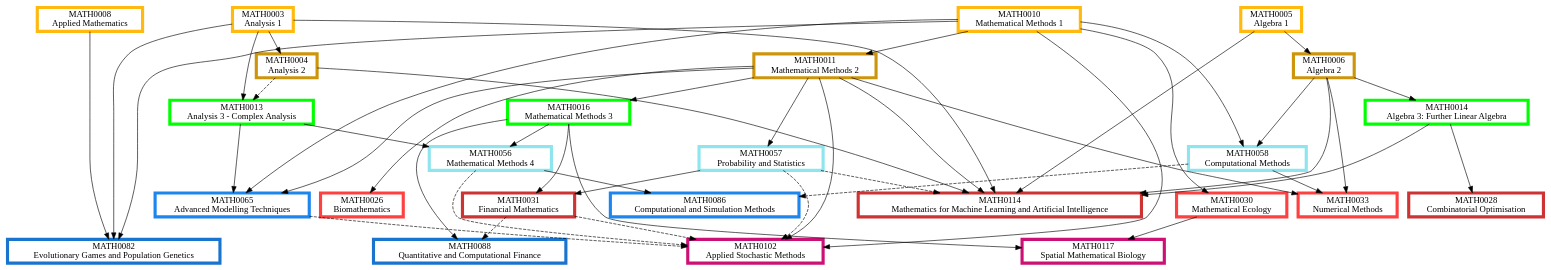
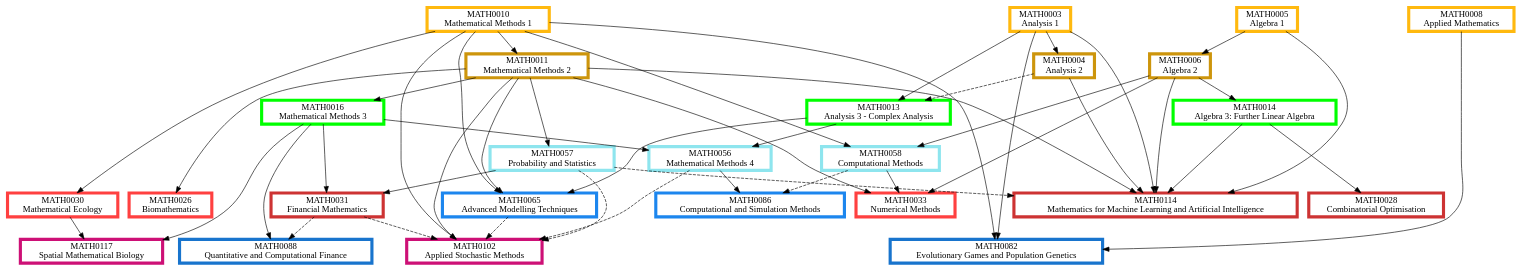
The diagram in Modelling, Computation and Finance.dot (matthew-towers/pathways), drawn with Graphviz before and after one commit. The commit also changed 12 other files, not shown here.

```diff
--- a/Modelling, Computation and Finance.dot
+++ b/Modelling, Computation and Finance.dot
@@ -1,125 +1,125 @@
 digraph {
 	node [fillcolor=white penwidth=5 shape=box style="filled,bold"]
 	subgraph "1.0 1" {
 		rank=same
+		MATH0008 [label="MATH0008
+Applied Mathematics" color=darkgoldenrod1 href="https://www.ucl.ac.uk/maths/sites/maths/files/math0008.pdf" tooltip="Year 1, term 1"]
+		MATH0010 [label="MATH0010
+Mathematical Methods 1" color=darkgoldenrod1 href="https://www.ucl.ac.uk/maths/sites/maths/files/math0010.pdf" tooltip="Year 1, term 1"]
+		MATH0005 [label="MATH0005
+Algebra 1" color=darkgoldenrod1 href="https://www.ucl.ac.uk/maths/sites/maths/files/math0005.pdf" tooltip="Year 1, term 1"]
 		MATH0003 [label="MATH0003
 Analysis 1" color=darkgoldenrod1 href="https://www.ucl.ac.uk/maths/sites/maths/files/math0003.pdf" tooltip="Year 1, term 1"]
-		MATH0010 [label="MATH0010
-Mathematical Methods 1" color=darkgoldenrod1 href="https://www.ucl.ac.uk/maths/sites/maths/files/math0010.pdf" tooltip="Year 1, term 1"]
-		MATH0008 [label="MATH0008
-Applied Mathematics" color=darkgoldenrod1 href="https://www.ucl.ac.uk/maths/sites/maths/files/math0008.pdf" tooltip="Year 1, term 1"]
-		MATH0005 [label="MATH0005
-Algebra 1" color=darkgoldenrod1 href="https://www.ucl.ac.uk/maths/sites/maths/files/math0005.pdf" tooltip="Year 1, term 1"]
 	}
+	MATH0005 -> MATH0006
 	MATH0010 -> MATH0011
 	MATH0003 -> MATH0004
-	MATH0005 -> MATH0006
 	subgraph "1.0 2" {
 		rank=same
+		MATH0006 [label="MATH0006
+Algebra 2" color=darkgoldenrod3 href="https://www.ucl.ac.uk/maths/sites/maths/files/math0006.pdf" tooltip="Year 1, term 2"]
 		MATH0011 [label="MATH0011
 Mathematical Methods 2" color=darkgoldenrod3 href="https://www.ucl.ac.uk/maths/sites/maths/files/math0011_2.pdf" tooltip="Year 1, term 2"]
 		MATH0004 [label="MATH0004
 Analysis 2" color=darkgoldenrod3 href="https://www.ucl.ac.uk/maths/sites/maths/files/math0004.pdf" tooltip="Year 1, term 2"]
-		MATH0006 [label="MATH0006
-Algebra 2" color=darkgoldenrod3 href="https://www.ucl.ac.uk/maths/sites/maths/files/math0006.pdf" tooltip="Year 1, term 2"]
 	}
+	MATH0006 -> MATH0014
 	MATH0011 -> MATH0016
 	MATH0003 -> MATH0013
 	MATH0004 -> MATH0013 [style=dashed]
-	MATH0006 -> MATH0014
-	subgraph "2 1" {
+	subgraph "2.0 1" {
 		rank=same
+		MATH0014 [label="MATH0014
+Algebra 3: Further Linear Algebra" color=green1 href="https://www.ucl.ac.uk/maths/sites/maths/files/math0014.pdf" tooltip="Year 2, term 1"]
 		MATH0016 [label="MATH0016
 Mathematical Methods 3" color=green1 href="https://www.ucl.ac.uk/maths/sites/maths/files/math0016.pdf" tooltip="Year 2, term 1"]
 		MATH0013 [label="MATH0013
 Analysis 3 - Complex Analysis" color=green1 href="https://www.ucl.ac.uk/maths/sites/maths/files/math0013.pdf" tooltip="Year 2, term 1"]
-		MATH0014 [label="MATH0014
-Algebra 3: Further Linear Algebra" color=green1 href="https://www.ucl.ac.uk/maths/sites/maths/files/math0014.pdf" tooltip="Year 2, term 1"]
 	}
+	MATH0011 -> MATH0057
 	MATH0013 -> MATH0056
 	MATH0016 -> MATH0056
-	MATH0011 -> MATH0057
 	MATH0010 -> MATH0058
 	MATH0006 -> MATH0058
 	subgraph "2.5 2" {
 		rank=same
+		MATH0057 [label="MATH0057
+Probability and Statistics" color=cadetblue2 href="https://www.ucl.ac.uk/maths/sites/maths/files/math0057.pdf" tooltip="Year 2 or 3, term 2"]
 		MATH0056 [label="MATH0056
 Mathematical Methods 4" color=cadetblue2 href="https://www.ucl.ac.uk/maths/sites/maths/files/math0056.pdf" tooltip="Year 2 or 3, term 2"]
-		MATH0057 [label="MATH0057
-Probability and Statistics" color=cadetblue2 href="https://www.ucl.ac.uk/maths/sites/maths/files/math0057.pdf" tooltip="Year 2 or 3, term 2"]
 		MATH0058 [label="MATH0058
 Computational Methods" color=cadetblue2 href="https://www.ucl.ac.uk/maths/sites/maths/files/math0058.pdf" tooltip="Year 2 or 3, term 2"]
 	}
+	MATH0010 -> MATH0030
 	MATH0011 -> MATH0026
 	MATH0006 -> MATH0033
 	MATH0011 -> MATH0033
 	MATH0058 -> MATH0033
-	MATH0010 -> MATH0030
 	subgraph "3.0 1" {
 		rank=same
+		MATH0030 [label="MATH0030
+Mathematical Ecology" color=brown1 href="https://www.ucl.ac.uk/maths/sites/maths/files/math0030.pdf" tooltip="Year 3, term 1"]
 		MATH0026 [label="MATH0026
 Biomathematics" color=brown1 href="https://www.ucl.ac.uk/maths/sites/maths/files/math0026.pdf" tooltip="Year 3, term 1"]
 		MATH0033 [label="MATH0033
 Numerical Methods" color=brown1 href="https://www.ucl.ac.uk/maths/sites/maths/files/math0033.pdf" tooltip="Year 3, term 1"]
-		MATH0030 [label="MATH0030
-Mathematical Ecology" color=brown1 href="https://www.ucl.ac.uk/maths/sites/maths/files/math0030.pdf" tooltip="Year 3, term 1"]
 	}
-	MATH0016 -> MATH0031
-	MATH0057 -> MATH0031
 	MATH0003 -> MATH0114
 	MATH0004 -> MATH0114
 	MATH0005 -> MATH0114
 	MATH0006 -> MATH0114
 	MATH0011 -> MATH0114
 	MATH0014 -> MATH0114
 	MATH0057 -> MATH0114 [style=dashed]
 	MATH0014 -> MATH0028
-	subgraph "3.0 2" {
+	MATH0016 -> MATH0031
+	MATH0057 -> MATH0031
+	subgraph "3 2" {
 		rank=same
-		MATH0031 [label="MATH0031
-Financial Mathematics" color=brown3 href="https://www.ucl.ac.uk/maths/sites/maths/files/math0031.pdf" tooltip="Year 3, term 2"]
 		MATH0114 [label="MATH0114
 Mathematics for Machine Learning and Artificial Intelligence" color=brown3 href="https://www.ucl.ac.uk/maths/sites/maths/files/math0114_0.pdf" tooltip="Year 3, term 2"]
 		MATH0028 [label="MATH0028
 Combinatorial Optimisation" color=brown3 href="https://www.ucl.ac.uk/maths/sites/maths/files/math0028.pdf" tooltip="Year 3, term 2"]
+		MATH0031 [label="MATH0031
+Financial Mathematics" color=brown3 href="https://www.ucl.ac.uk/maths/sites/maths/files/math0031.pdf" tooltip="Year 3, term 2"]
 	}
 	MATH0030 -> MATH0117
 	MATH0016 -> MATH0117
 	MATH0010 -> MATH0102
 	MATH0011 -> MATH0102
 	MATH0056 -> MATH0102 [style=dashed]
 	MATH0031 -> MATH0102 [style=dashed]
 	MATH0065 -> MATH0102 [style=dashed]
 	MATH0057 -> MATH0102 [style=dashed]
 	subgraph "3.5 2" {
 		rank=same
 		MATH0117 [label="MATH0117
 Spatial Mathematical Biology" color=deeppink3 href="https://www.ucl.ac.uk/maths/sites/maths/files/math0117.pdf" tooltip="Year 3 or 4, term 2"]
 		MATH0102 [label="MATH0102
 Applied Stochastic Methods" color=deeppink3 href="https://www.ucl.ac.uk/maths/sites/maths/files/math0102.pdf" tooltip="Year 3 or 4, term 2"]
 	}
+	MATH0056 -> MATH0086
+	MATH0058 -> MATH0086 [style=dashed]
 	MATH0010 -> MATH0065
 	MATH0011 -> MATH0065
 	MATH0013 -> MATH0065
-	MATH0056 -> MATH0086
-	MATH0058 -> MATH0086 [style=dashed]
 	subgraph "4.0 1" {
 		rank=same
+		MATH0086 [label="MATH0086
+Computational and Simulation Methods" color=dodgerblue2 href="https://www.ucl.ac.uk/maths/sites/maths/files/math0086.pdf" tooltip="Year 4, term 1"]
 		MATH0065 [label="MATH0065
 Advanced Modelling Techniques" color=dodgerblue2 href="https://www.ucl.ac.uk/maths/sites/maths/files/math0065.pdf" tooltip="Year 4, term 1"]
-		MATH0086 [label="MATH0086
-Computational and Simulation Methods" color=dodgerblue2 href="https://www.ucl.ac.uk/maths/sites/maths/files/math0086.pdf" tooltip="Year 4, term 1"]
 	}
 	MATH0008 -> MATH0082
 	MATH0010 -> MATH0082
 	MATH0003 -> MATH0082
 	MATH0016 -> MATH0088
 	MATH0031 -> MATH0088 [style=dashed]
 	subgraph "4.0 2" {
 		rank=same
 		MATH0082 [label="MATH0082
 Evolutionary Games and Population Genetics" color=dodgerblue3 href="https://www.ucl.ac.uk/maths/sites/maths/files/math0082.pdf" tooltip="Year 4, term 2"]
 		MATH0088 [label="MATH0088
 Quantitative and Computational Finance" color=dodgerblue3 href="https://www.ucl.ac.uk/maths/sites/maths/files/math0088.pdf" tooltip="Year 4, term 2"]
 	}
 }
```
